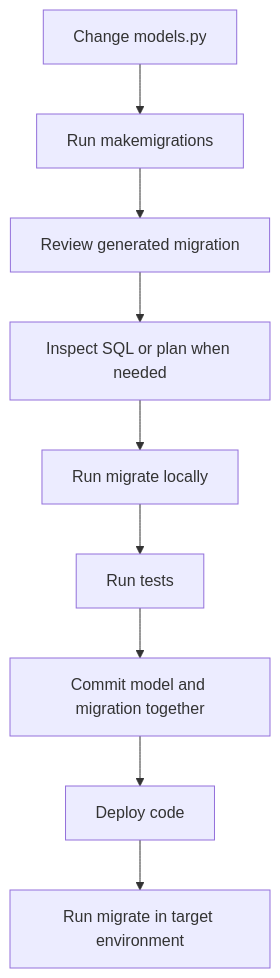
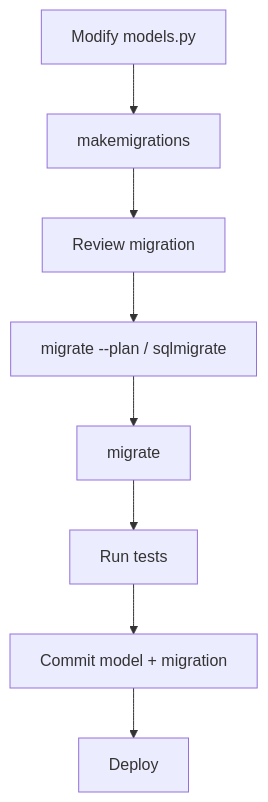
One commit to AvadhBhalodiya/Interview-Preparation changed the third of 10 diagrams in src/content/django/migrations.md. Above: the diagram before and after it, drawn with Mermaid. The commit also changed other lines of this file and 80 other files, not shown here.

````diff
--- a/src/content/django/migrations.md
+++ b/src/content/django/migrations.md
@@ -130,11 +182,10 @@
 ```mermaid
 flowchart TD
-    A["Change models.py"] --> B["Run makemigrations"]
-    B --> C["Review generated migration"]
-    C --> D["Inspect SQL or plan when needed"]
-    D --> E["Run migrate locally"]
+    A["Modify models.py"] --> B["makemigrations"]
+    B --> C["Review migration"]
+    C --> D["migrate --plan / sqlmigrate"]
+    D --> E["migrate"]
     E --> F["Run tests"]
-    F --> G["Commit model and migration together"]
-    G --> H["Deploy code"]
-    H --> I["Run migrate in target environment"]
+    F --> G["Commit model + migration"]
+    G --> H["Deploy"]
 ```
````
